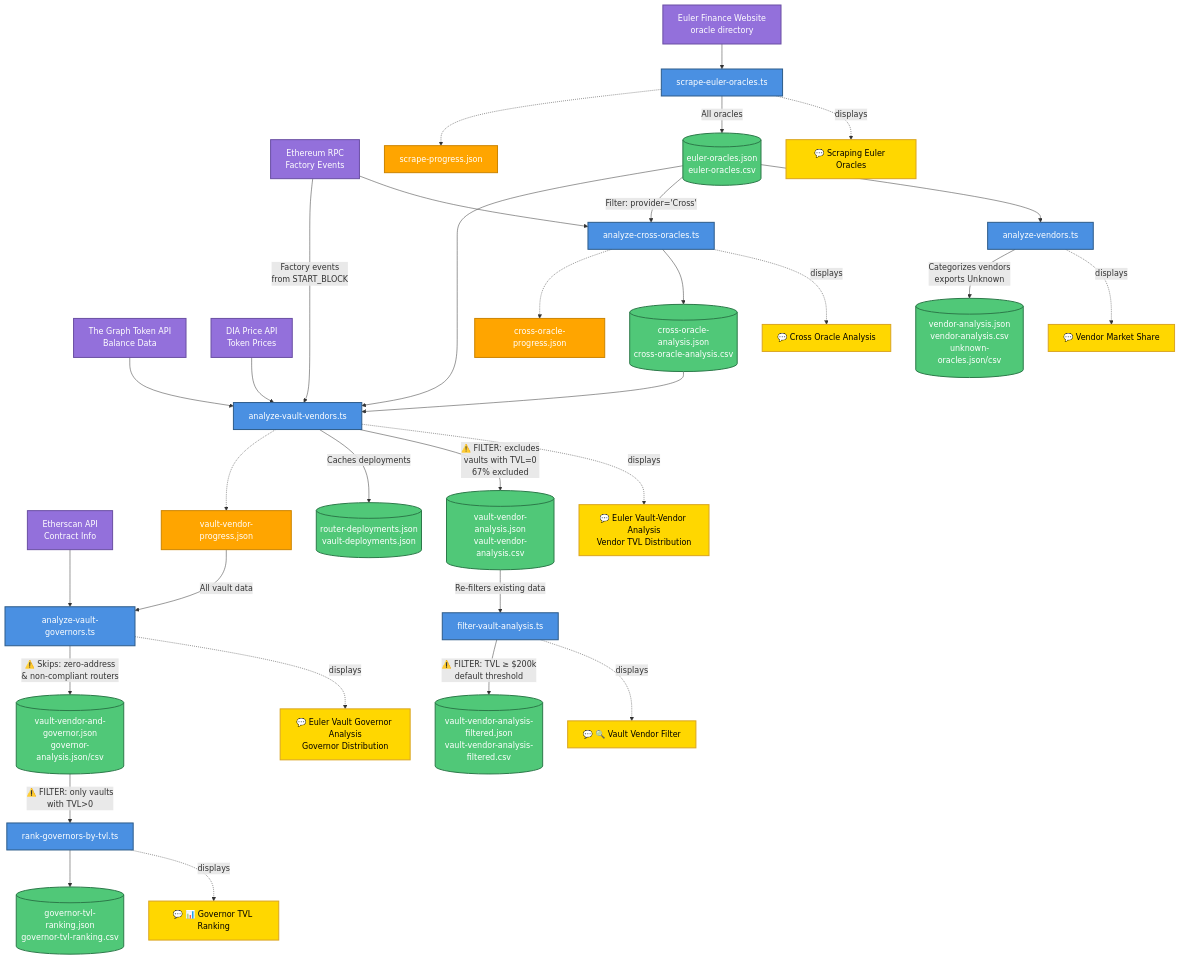
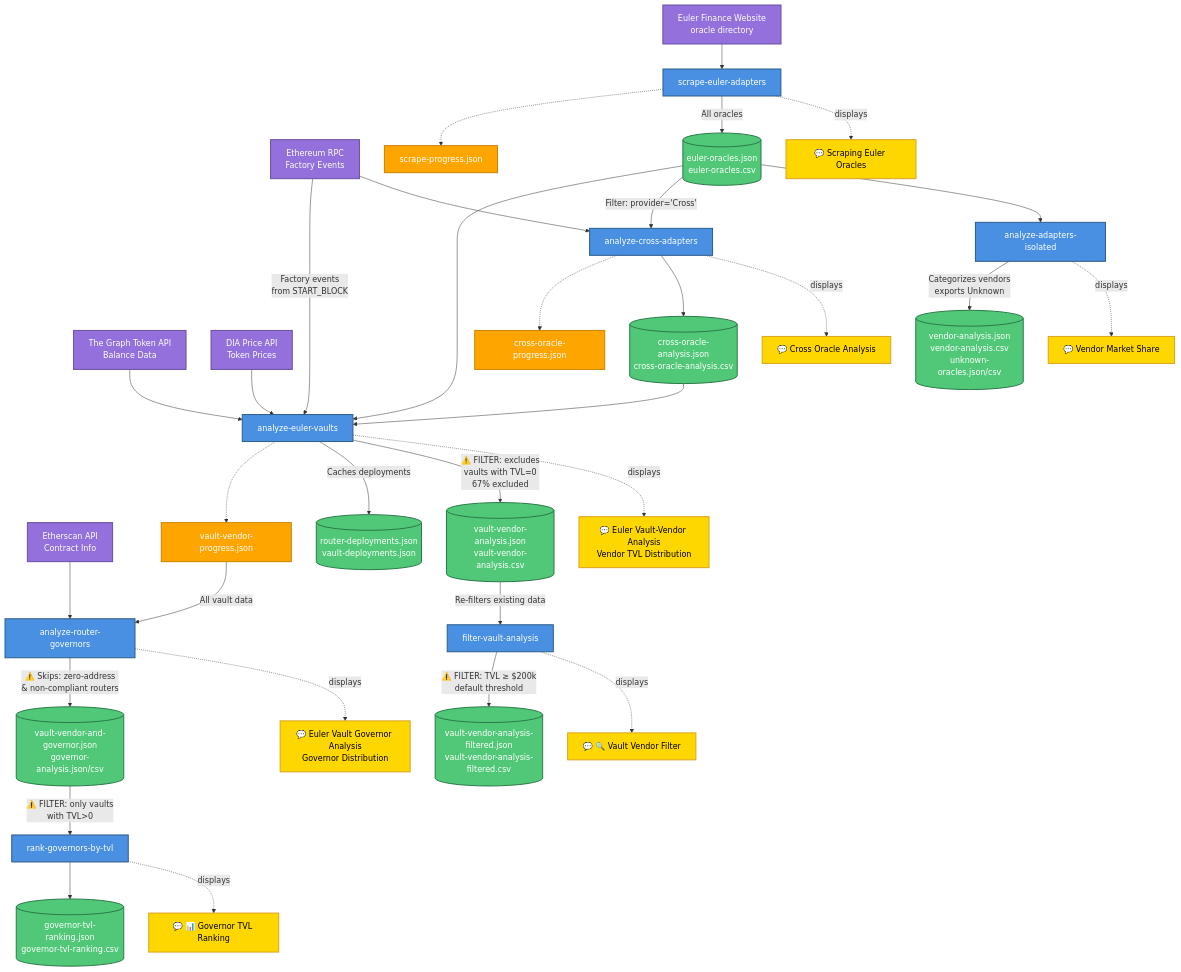
Before and after one commit to deficollective/euler-v2-oracle-analysis: the diagram in README.md, drawn with Mermaid. The commit also changed other lines of this file and 47 other files, not shown here.

```diff
--- a/README.md
+++ b/README.md
@@ -55,13 +83,13 @@
     Etherscan[Etherscan API<br/>Contract Info]
 
     %% Scripts
-    S1[scrape-euler-oracles.ts]
-    S2[analyze-vendors.ts]
-    S3[analyze-cross-oracles.ts]
-    S4[analyze-vault-vendors.ts]
-    S5[analyze-vault-governors.ts]
-    S6[rank-governors-by-tvl.ts]
-    S7[filter-vault-analysis.ts]
+    S1[scrape-euler-adapters]
+    S2[analyze-adapters-isolated]
+    S3[analyze-cross-adapters]
+    S4[analyze-euler-vaults]
+    S5[analyze-router-governors]
+    S6[rank-governors-by-tvl]
+    S7[filter-vault-analysis]
 
     %% Terminal Output Titles
     T1["💬 Scraping Euler Oracles"]
```
